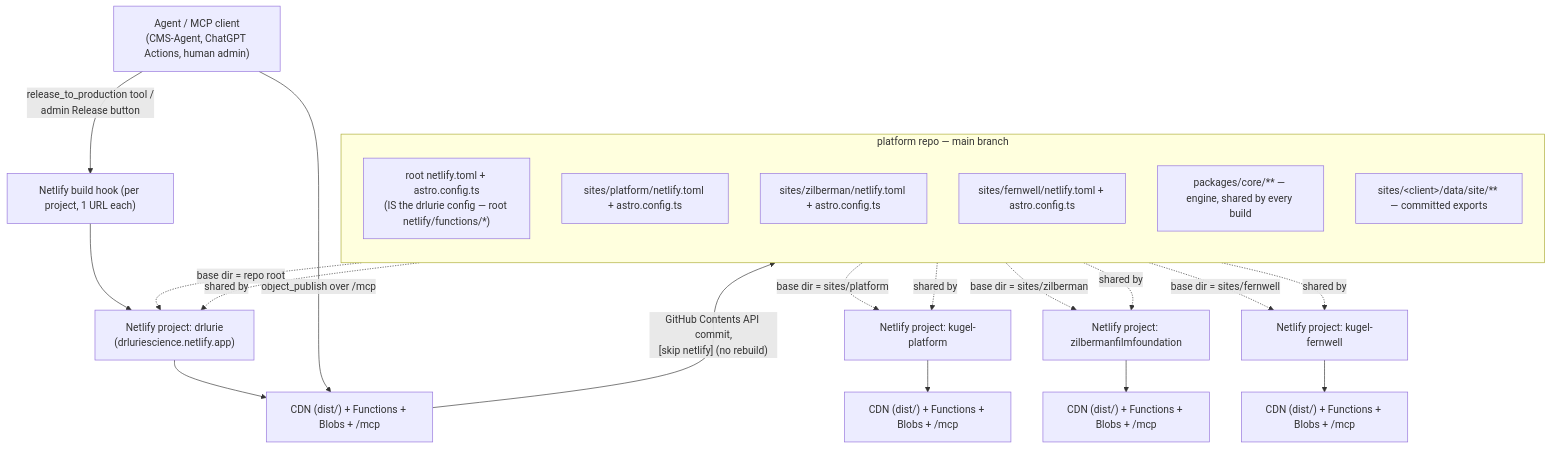
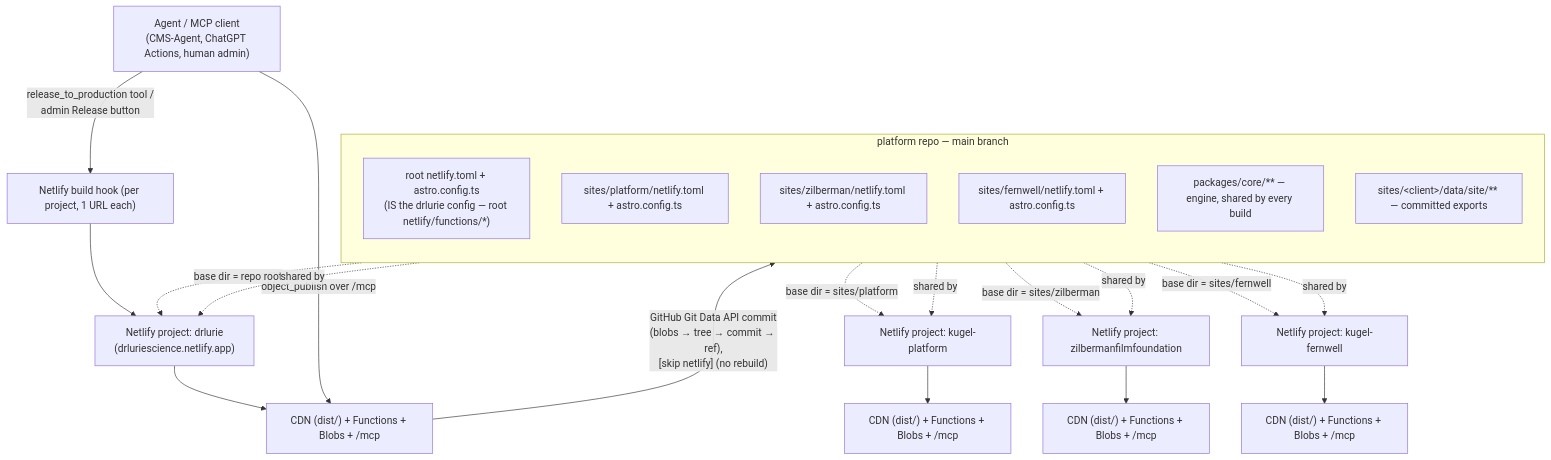
The diagram in docs/DEPLOYMENT.md (vreich-ui/platform), drawn with Mermaid before and after one commit. The commit also changed other lines of this file and 25 other files, not shown here.

First line of the commit message:
docs: correction pass at 420afbd — release order, Git Data API naming, generated inventory, evidence classes (#695)

````diff
--- a/docs/DEPLOYMENT.md
+++ b/docs/DEPLOYMENT.md
@@ -14,32 +14,32 @@
 ```mermaid
 flowchart TB
     subgraph REPO["platform repo — main branch"]
         direction TB
         RootCfg["root netlify.toml + astro.config.ts\n(IS the drlurie config — root netlify/functions/*)"]
         PlatCfg["sites/platform/netlify.toml + astro.config.ts"]
         ZilCfg["sites/zilberman/netlify.toml + astro.config.ts"]
         FerCfg["sites/fernwell/netlify.toml + astro.config.ts"]
         Core["packages/core/** — engine, shared by every build"]
         Exports["sites/&lt;client&gt;/data/site/** — committed exports"]
     end
 
     RootCfg -.base dir = repo root.-> N1["Netlify project: drlurie\n(drluriescience.netlify.app)"]
     PlatCfg -.base dir = sites/platform.-> N2["Netlify project: kugel-platform"]
     ZilCfg -.base dir = sites/zilberman.-> N3["Netlify project: zilbermanfilmfoundation"]
     FerCfg -.base dir = sites/fernwell.-> N4["Netlify project: kugel-fernwell"]
 
     N1 --> Edge1["CDN (dist/) + Functions + Blobs + /mcp"]
     N2 --> Edge2["CDN (dist/) + Functions + Blobs + /mcp"]
     N3 --> Edge3["CDN (dist/) + Functions + Blobs + /mcp"]
     N4 --> Edge4["CDN (dist/) + Functions + Blobs + /mcp"]
 
     Agent["Agent / MCP client\n(CMS-Agent, ChatGPT Actions, human admin)"] -- "object_publish over /mcp" --> Edge1
-    Edge1 -- "GitHub Contents API commit,\n[skip netlify] (no rebuild)" --> Exports
+    Edge1 -- "GitHub Git Data API commit\n(blobs → tree → commit → ref),\n[skip netlify] (no rebuild)" --> Exports
     Agent -- "release_to_production tool /\nadmin Release button" --> Hook["Netlify build hook (per project, 1 URL each)"]
     Hook --> N1
 
     Core -.shared by.-> N1
     Core -.shared by.-> N2
     Core -.shared by.-> N3
     Core -.shared by.-> N4
 ```
````
